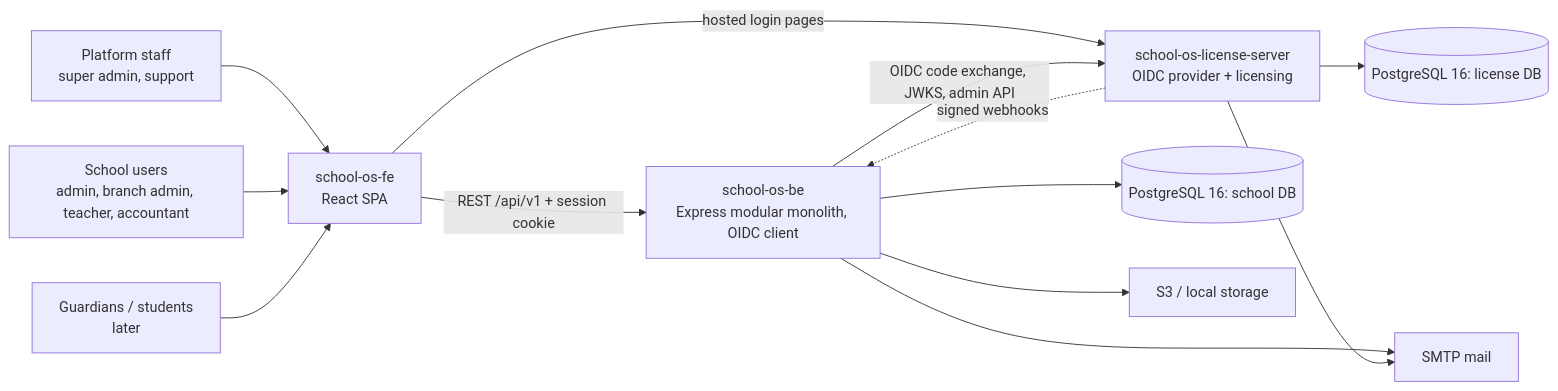
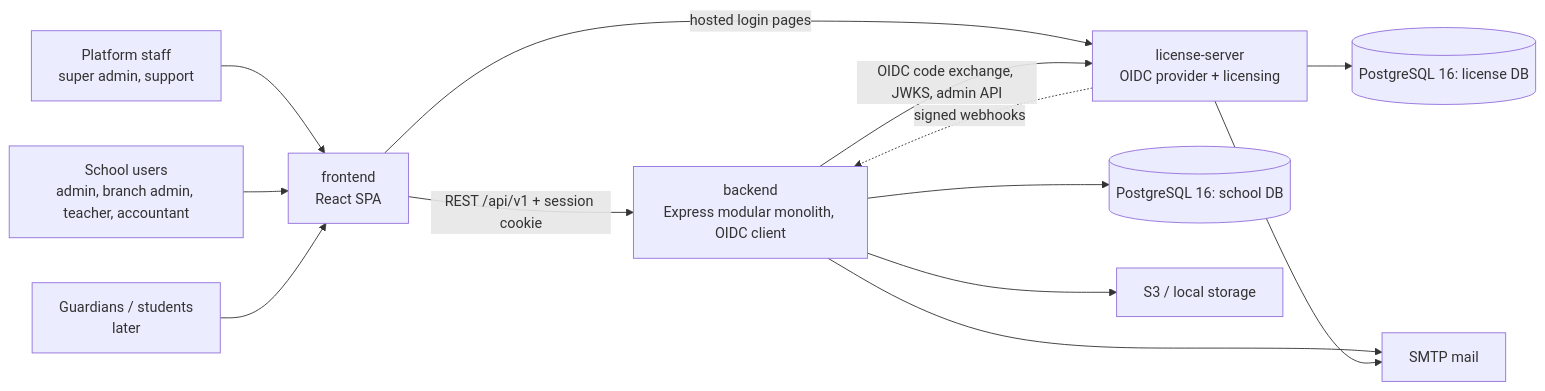
The first of 4 diagrams in backend/docs/target-architecture.md (subashrs31/School-OS), drawn with Mermaid before and after one commit. The commit also changed other lines of this file and 18 other files, not shown here.

````diff
--- a/backend/docs/target-architecture.md
+++ b/backend/docs/target-architecture.md
@@ -21,15 +21,15 @@
 ```mermaid
 flowchart LR
   PU[Platform staff<br/>super admin, support] --> SPA
   SU[School users<br/>admin, branch admin, teacher, accountant] --> SPA
   GU[Guardians / students<br/>later] --> SPA
-  SPA[school-os-fe<br/>React SPA] -->|REST /api/v1 + session cookie| API[school-os-be<br/>Express modular monolith, OIDC client]
-  SPA -->|hosted login pages| LS[school-os-license-server<br/>OIDC provider + licensing]
+  SPA[frontend<br/>React SPA] -->|REST /api/v1 + session cookie| API[backend<br/>Express modular monolith, OIDC client]
+  SPA -->|hosted login pages| LS[license-server<br/>OIDC provider + licensing]
   API -->|OIDC code exchange, JWKS, admin API| LS
   LS -. signed webhooks .-> API
   API --> PG[(PostgreSQL 16: school DB)]
   LS --> LPG[(PostgreSQL 16: license DB)]
   API --> SMTP[SMTP mail]
   LS --> SMTP
   API --> S3[S3 / local storage]
 ```
````
